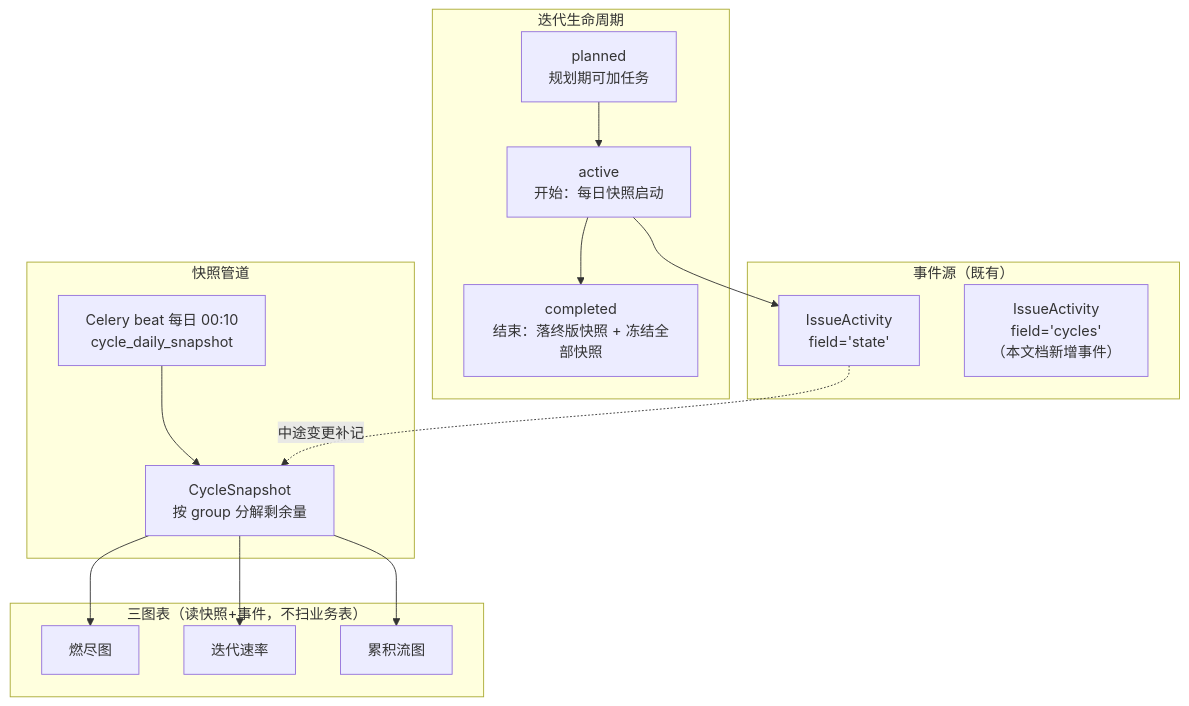
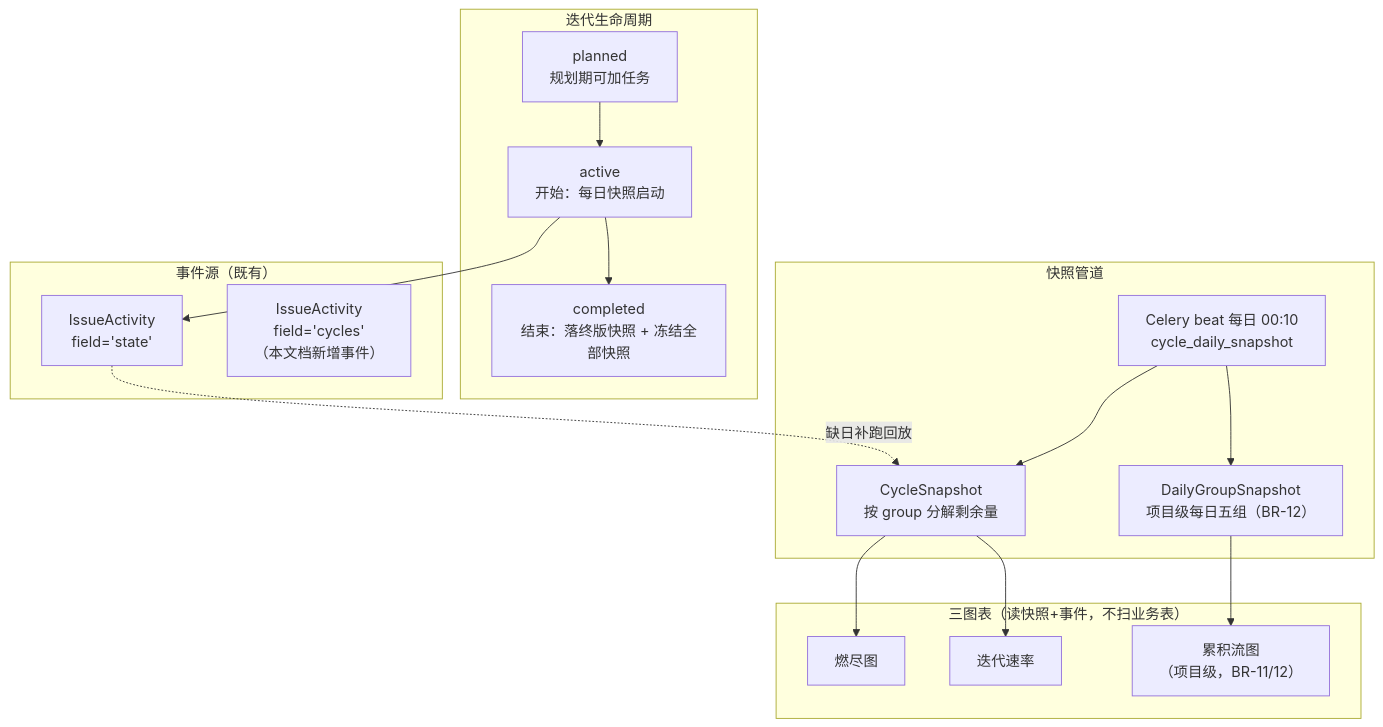
One commit to RabbitAI-Lab/RabbitProjects changed the first of 2 diagrams in docs/sprint-9-enterprise-portfolio/RPT-003-agile-reports.md. Above: the diagram before and after it, drawn with Mermaid. The commit also changed other lines of this file and 5 other files, not shown here.

````diff
--- a/docs/sprint-9-enterprise-portfolio/RPT-003-agile-reports.md
+++ b/docs/sprint-9-enterprise-portfolio/RPT-003-agile-reports.md
@@ -78,21 +79,22 @@
 ```mermaid
 flowchart TB
     subgraph SRC["事件源（既有）"]
         E1["IssueActivity<br/>field='state'"] 
         E2["IssueActivity<br/>field='cycles'<br/>（本文档新增事件）"]
     end
     subgraph CYCLE["迭代生命周期"]
         C1["planned<br/>规划期可加任务"] --> C2["active<br/>开始：每日快照启动"]
         C2 --> C3["completed<br/>结束：落终版快照 + 冻结全部快照"]
     end
     subgraph SNAP["快照管道"]
         D1["Celery beat 每日 00:10<br/>cycle_daily_snapshot"] --> D2["CycleSnapshot<br/>按 group 分解剩余量"]
-        E1 -.中途变更补记.-> D2
+        D1 --> D3["DailyGroupSnapshot<br/>项目级每日五组（BR-12）"]
+        E1 -.缺日补跑回放.-> D2
     end
     subgraph CHART["三图表（读快照+事件，不扫业务表）"]
         D2 --> F1["燃尽图"]
         D2 --> F2["迭代速率"]
-        D2 --> F3["累积流图"]
+        D3 --> F3["累积流图<br/>（项目级，BR-11/12）"]
     end
     C2 --> E1
 ```
````
